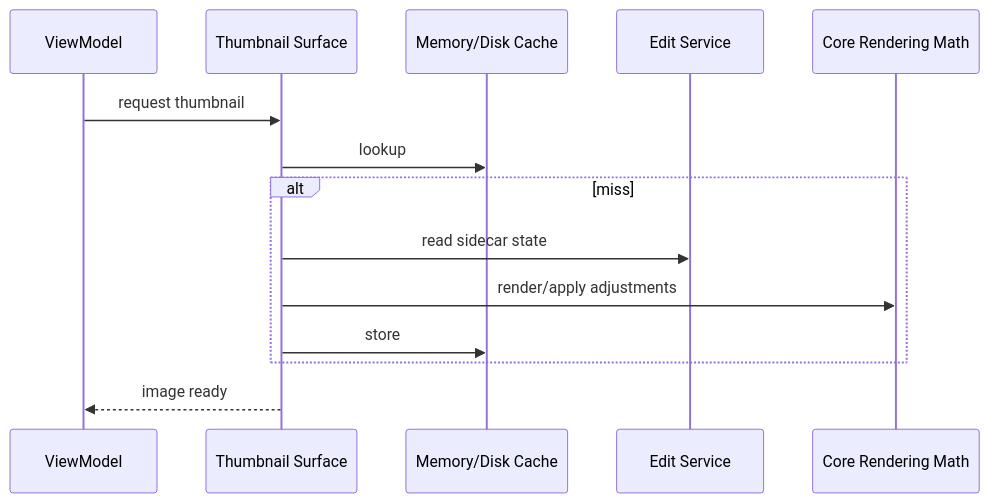
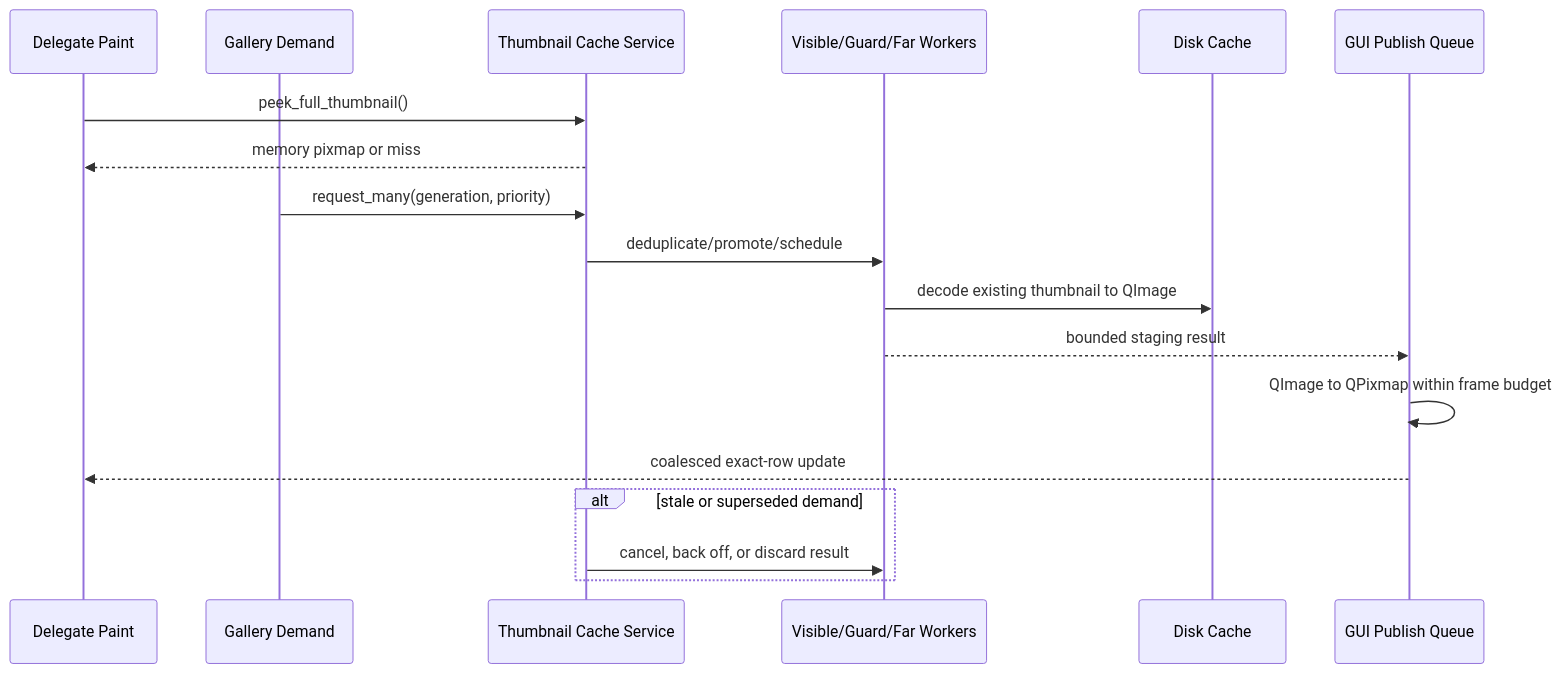
Before and after one commit to halft0n/iPhotron-LocalPhotoAlbumManager: the sixth of 6 diagrams in docs/architecture.md, drawn with Mermaid. The commit also changed other lines of this file and 10 other files, not shown here.

Commit message:
Document gallery scroll pipeline and architecture rules

````diff
--- a/docs/architecture.md
+++ b/docs/architecture.md
@@ -417,17 +436,21 @@
 ```mermaid
 sequenceDiagram
-    participant VM as ViewModel
-    participant Thumb as Thumbnail Surface
-    participant Cache as Memory/Disk Cache
-    participant Edit as Edit Service
-    participant Core as Core Rendering Math
+    participant Paint as Delegate Paint
+    participant Demand as Gallery Demand
+    participant Thumb as Thumbnail Cache Service
+    participant Worker as Visible/Guard/Far Workers
+    participant L2 as Disk Cache
+    participant GUI as GUI Publish Queue
 
-    VM->>Thumb: request thumbnail
-    Thumb->>Cache: lookup
-    alt miss
-        Thumb->>Edit: read sidecar state
-        Thumb->>Core: render/apply adjustments
-        Thumb->>Cache: store
+    Paint->>Thumb: peek_full_thumbnail()
+    Thumb-->>Paint: memory pixmap or miss
+    Demand->>Thumb: request_many(generation, priority)
+    Thumb->>Worker: deduplicate/promote/schedule
+    Worker->>L2: decode existing thumbnail to QImage
+    Worker-->>GUI: bounded staging result
+    GUI->>GUI: QImage to QPixmap within frame budget
+    GUI-->>Paint: coalesced exact-row update
+    alt stale or superseded demand
+        Thumb->>Worker: cancel, back off, or discard result
     end
-    Thumb-->>VM: image ready
 ```
````
